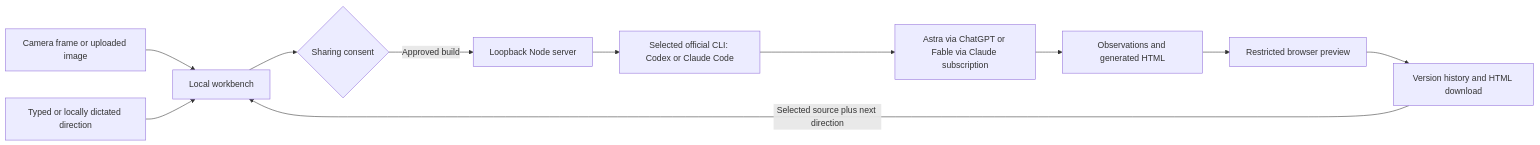
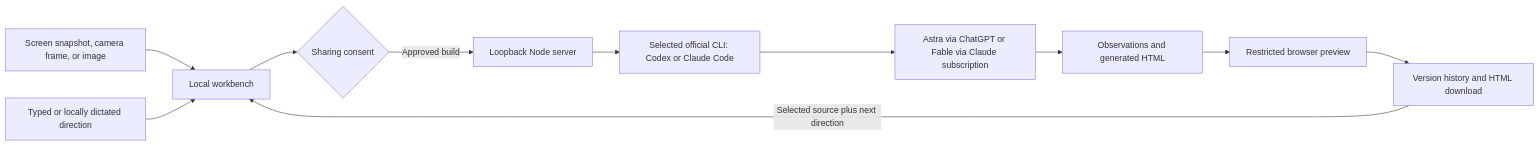
The diagram in README.md (ucsandman/jarvis), drawn with Mermaid before and after one commit. The commit also changed other lines of this file and 19 other files, not shown here.

````diff
--- a/README.md
+++ b/README.md
@@ -100,13 +112,13 @@
 ```mermaid
 flowchart LR
-    A[Camera frame or uploaded image] --> B[Local workbench]
+    A[Screen snapshot, camera frame, or image] --> B[Local workbench]
     T[Typed or locally dictated direction] --> B
     B --> C{Sharing consent}
     C -->|Approved build| D[Loopback Node server]
     D --> E[Selected official CLI: Codex or Claude Code]
     E --> F[Astra via ChatGPT or Fable via Claude subscription]
     F --> G[Observations and generated HTML]
     G --> H[Restricted browser preview]
     H --> I[Version history and HTML download]
     I -->|Selected source plus next direction| B
 ```
````
